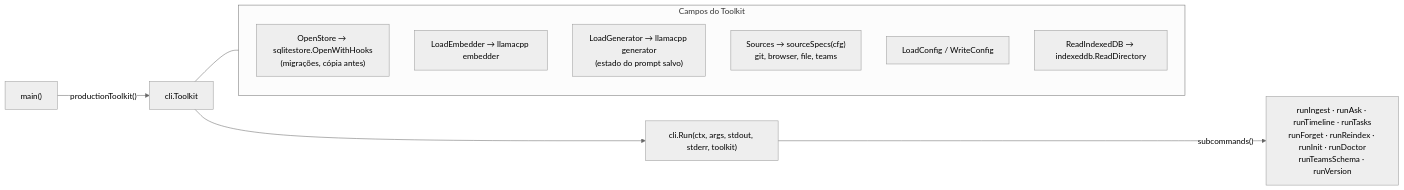
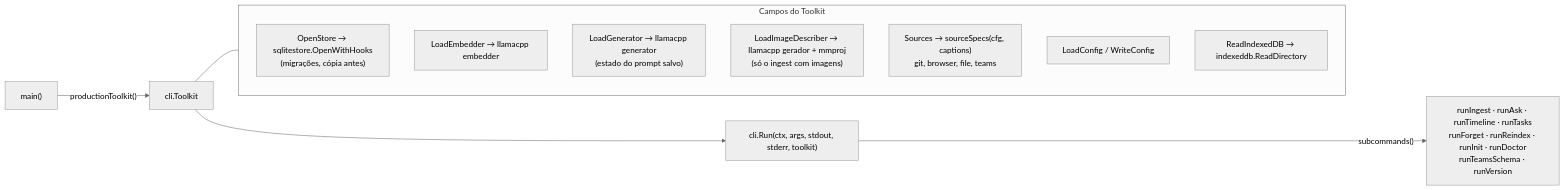
Before and after one commit to Chipskein/cade: the third of 11 diagrams in docs/ARCHITECTURE.md, drawn with Mermaid (neutral theme). The commit also changed other lines of this file and 9 other files, not shown here.

````diff
--- a/docs/ARCHITECTURE.md
+++ b/docs/ARCHITECTURE.md
@@ -143,17 +152,18 @@
 ```mermaid
 flowchart LR
     main["main()"] -->|"productionToolkit()"| toolkit["cli.Toolkit"]
     toolkit --> run["cli.Run(ctx, args, stdout, stderr, toolkit)"]
 
     subgraph toolkitfns["Campos do Toolkit"]
         openStore["OpenStore → sqlitestore.OpenWithHooks<br/>(migrações, cópia antes)"]
         loadEmbedder["LoadEmbedder → llamacpp embedder"]
         loadGenerator["LoadGenerator → llamacpp generator<br/>(estado do prompt salvo)"]
-        sourcesFn["Sources → sourceSpecs(cfg)<br/>git, browser, file, teams"]
+        loadDescriber["LoadImageDescriber → llamacpp gerador + mmproj<br/>(só o ingest com imagens)"]
+        sourcesFn["Sources → sourceSpecs(cfg, captions)<br/>git, browser, file, teams"]
         loadConfig["LoadConfig / WriteConfig"]
         readIDB["ReadIndexedDB → indexeddb.ReadDirectory"]
     end
 
     toolkit --- toolkitfns
     run -->|"subcommands()"| cmds["runIngest · runAsk · runTimeline · runTasks<br/>runForget · runReindex · runInit · runDoctor<br/>runTeamsSchema · runVersion"]
 ```
````
